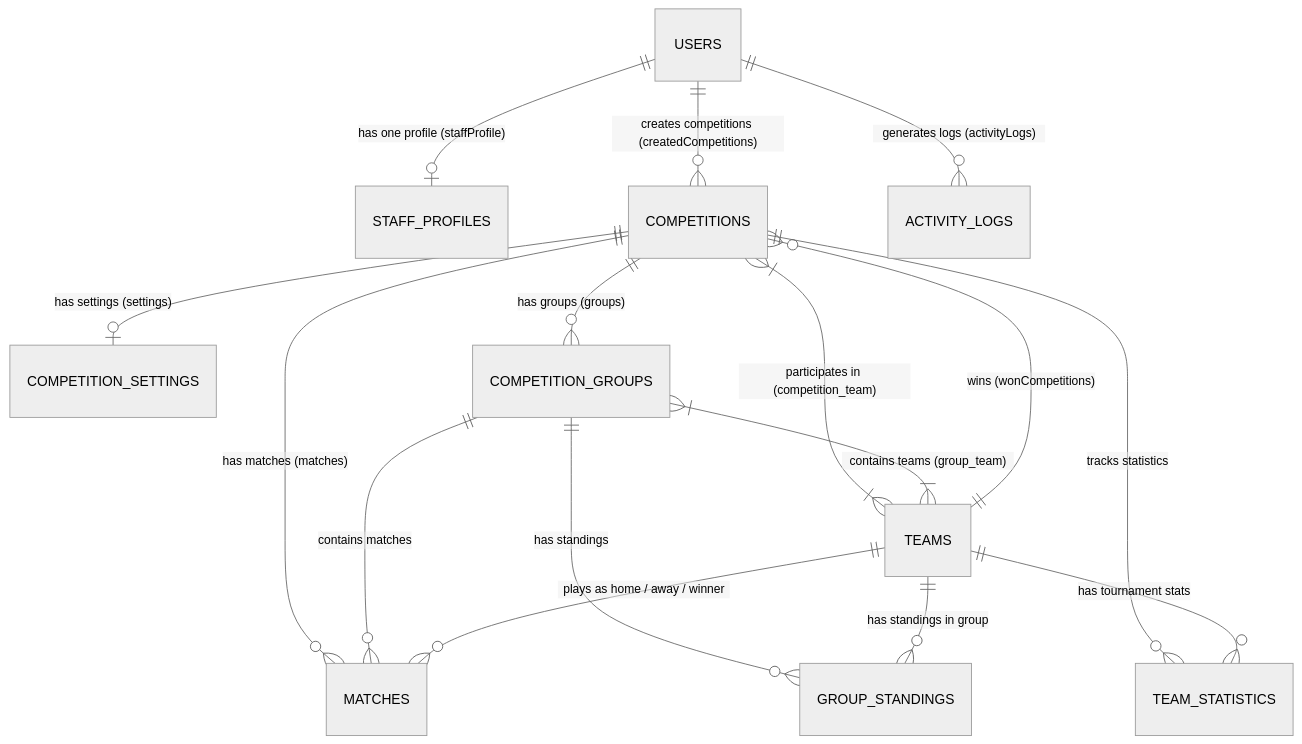
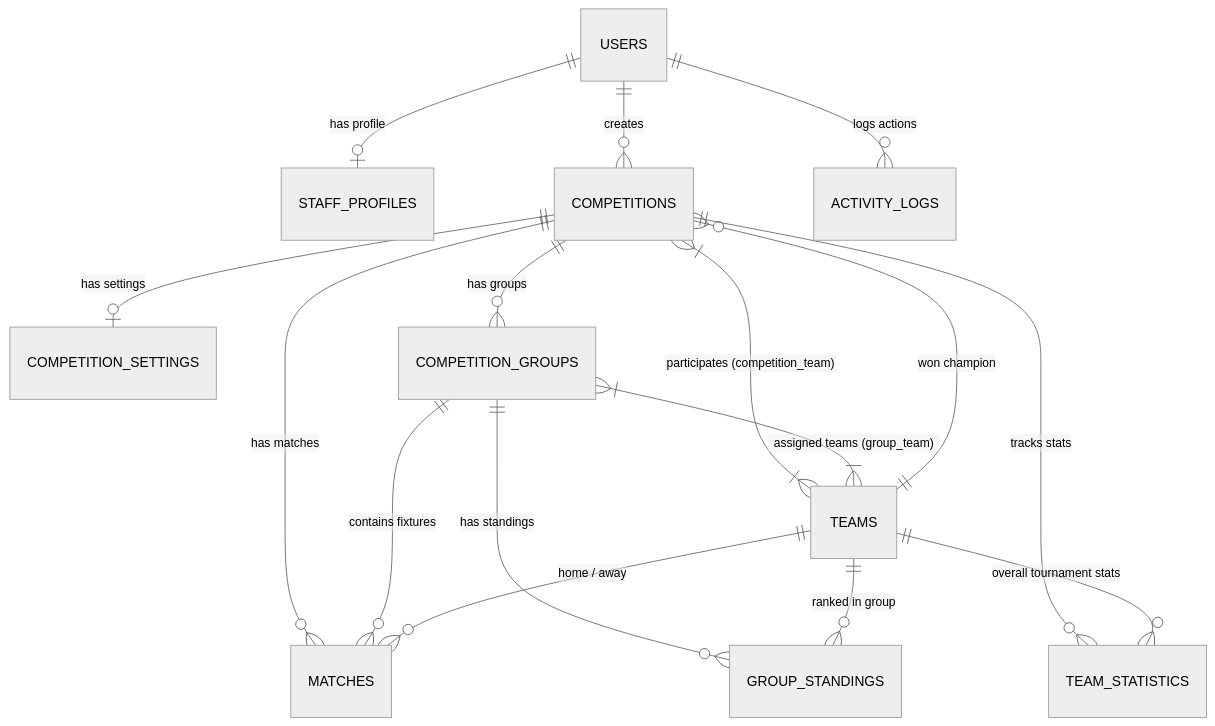
Before and after one commit to m-o-h-a-n-d/linkdev: the diagram in ReadMe.md, drawn with Mermaid (neutral theme). The commit also changed other lines of this file, not shown here.

````diff
--- a/ReadMe.md
+++ b/ReadMe.md
@@ -161,21 +333,21 @@
 ```mermaid
 erDiagram
-    USERS ||--o| STAFF_PROFILES : "has one profile (staffProfile)"
-    USERS ||--o{ COMPETITIONS : "creates competitions (createdCompetitions)"
-    USERS ||--o{ ACTIVITY_LOGS : "generates logs (activityLogs)"
+    USERS ||--o| STAFF_PROFILES : "has profile"
+    USERS ||--o{ COMPETITIONS : "creates"
+    USERS ||--o{ ACTIVITY_LOGS : "logs actions"
 
-    TEAMS ||--o{ COMPETITIONS : "wins (wonCompetitions)"
-    COMPETITIONS ||--o| COMPETITION_SETTINGS : "has settings (settings)"
-    COMPETITIONS ||--o{ COMPETITION_GROUPS : "has groups (groups)"
-    COMPETITIONS ||--o{ MATCHES : "has matches (matches)"
-    COMPETITIONS ||--o{ TEAM_STATISTICS : "tracks statistics"
-    COMPETITIONS }|--|{ TEAMS : "participates in (competition_team)"
+    TEAMS ||--o{ COMPETITIONS : "won champion"
+    COMPETITIONS ||--o| COMPETITION_SETTINGS : "has settings"
+    COMPETITIONS ||--o{ COMPETITION_GROUPS : "has groups"
+    COMPETITIONS ||--o{ MATCHES : "has matches"
+    COMPETITIONS ||--o{ TEAM_STATISTICS : "tracks stats"
+    COMPETITIONS }|--|{ TEAMS : "participates (competition_team)"
 
-    COMPETITION_GROUPS ||--o{ MATCHES : "contains matches"
+    COMPETITION_GROUPS ||--o{ MATCHES : "contains fixtures"
     COMPETITION_GROUPS ||--o{ GROUP_STANDINGS : "has standings"
-    COMPETITION_GROUPS }|--|{ TEAMS : "contains teams (group_team)"
+    COMPETITION_GROUPS }|--|{ TEAMS : "assigned teams (group_team)"
 
-    TEAMS ||--o{ MATCHES : "plays as home / away / winner"
-    TEAMS ||--o{ GROUP_STANDINGS : "has standings in group"
-    TEAMS ||--o{ TEAM_STATISTICS : "has tournament stats"
+    TEAMS ||--o{ MATCHES : "home / away"
+    TEAMS ||--o{ GROUP_STANDINGS : "ranked in group"
+    TEAMS ||--o{ TEAM_STATISTICS : "overall tournament stats"
 ```
````
